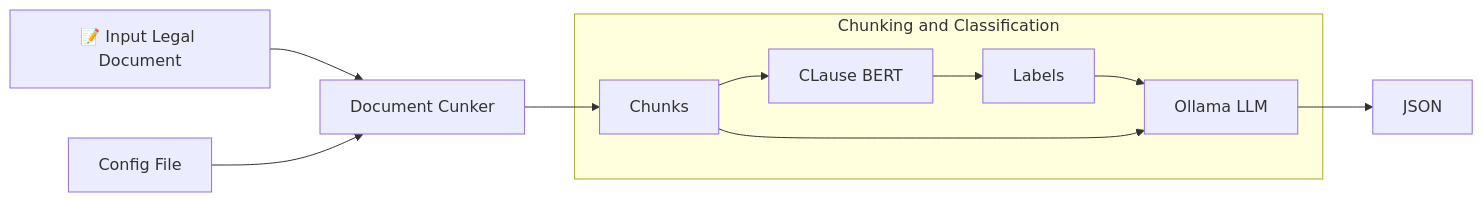
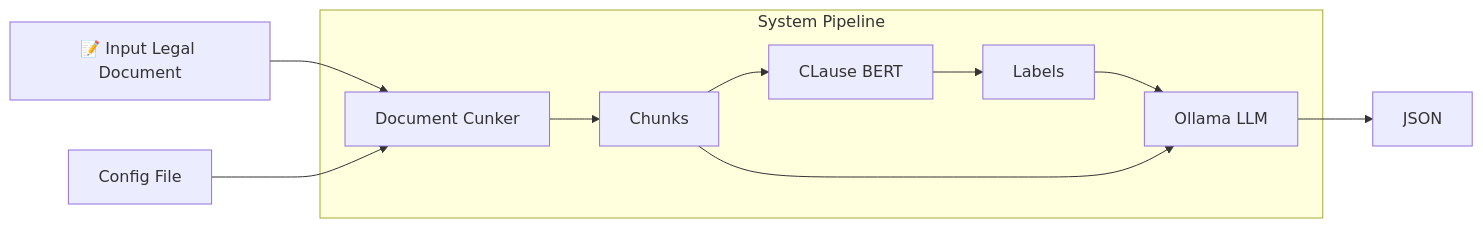
One commit to weiss25r/ClauseLens changed the diagram in README.md. Above: the diagram before and after it, drawn with Mermaid.

````diff
--- a/README.md
+++ b/README.md
@@ -60,15 +60,16 @@
 ```mermaid 
 flowchart LR
     input[📝 Input Legal Document] --> chunker
     config[Config File] --> chunker
+
+    subgraph System Pipeline
     chunker[Document Cunker] --> chunks
 
-    subgraph Chunking and Classification
         chunks[Chunks]--> classifier
         classifier[CLause BERT] --> labels
         labels[Labels] --> ollama
     end
 
     chunks --> ollama[Ollama LLM]
     ollama --> JSON 
 ```
````
